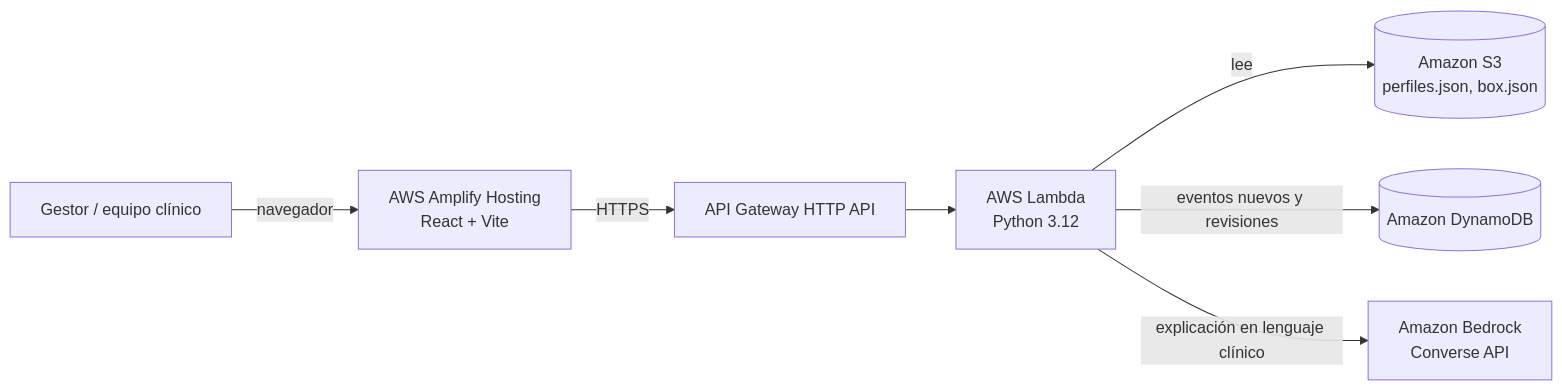
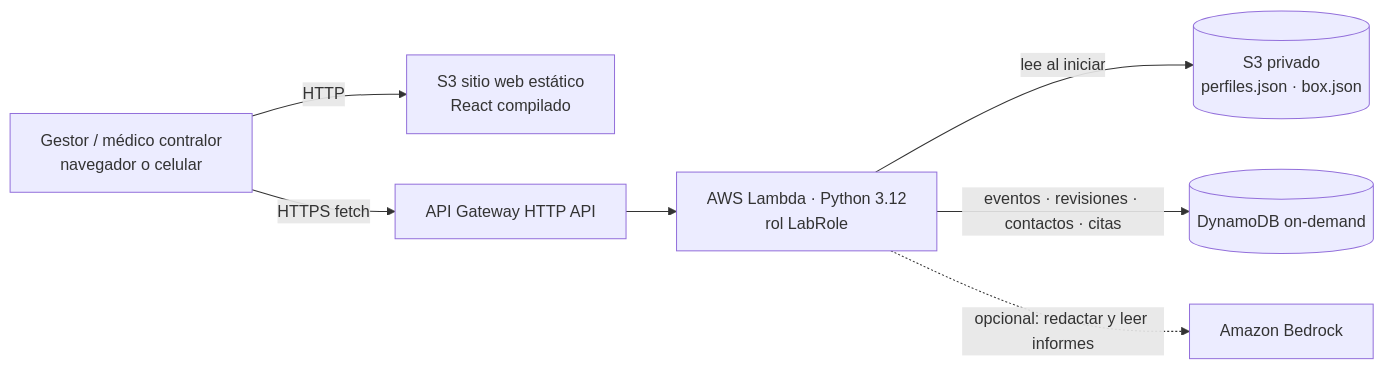
The second of 2 diagrams in docs/arquitectura.md (Rama1324/ambulatorio-dinamico), drawn with Mermaid before and after one commit. The commit also changed other lines of this file and 4 other files, not shown here.

Commit message:
Despliegue simple en AWS Academy (template-lab.yaml + scripts/desplegar_lab.sh, front en S3) y arquitectura del flujo de datos

````diff
--- a/docs/arquitectura.md
+++ b/docs/arquitectura.md
@@ -3,9 +45,9 @@
 ```mermaid
 flowchart LR
-  U[Gestor / equipo clínico] -->|navegador| A[AWS Amplify Hosting<br/>React + Vite]
-  A -->|HTTPS| G[API Gateway HTTP API]
-  G --> L[AWS Lambda<br/>Python 3.12]
-  L -->|lee| S[(Amazon S3<br/>perfiles.json, box.json)]
-  L -->|eventos nuevos y revisiones| D[(Amazon DynamoDB)]
-  L -->|explicación en lenguaje clínico| B[Amazon Bedrock<br/>Converse API]
+  U[Gestor / médico contralor<br/>navegador o celular] -->|HTTP| W[S3 sitio web estático<br/>React compilado]
+  U -->|HTTPS fetch| G[API Gateway HTTP API]
+  G --> L[AWS Lambda · Python 3.12<br/>rol LabRole]
+  L -->|lee al iniciar| S[(S3 privado<br/>perfiles.json · box.json)]
+  L -->|eventos · revisiones · contactos · citas| D[(DynamoDB on-demand)]
+  L -.->|opcional: redactar y leer informes| B[Amazon Bedrock]
 ```
````
